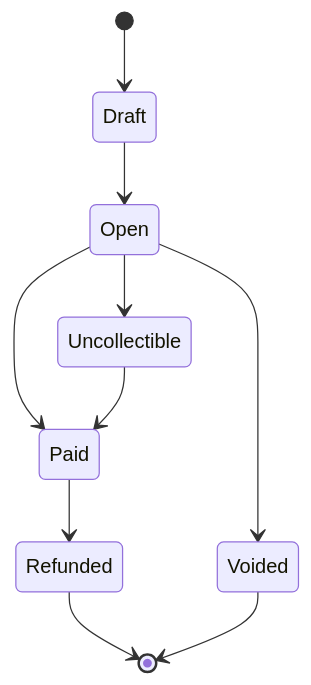
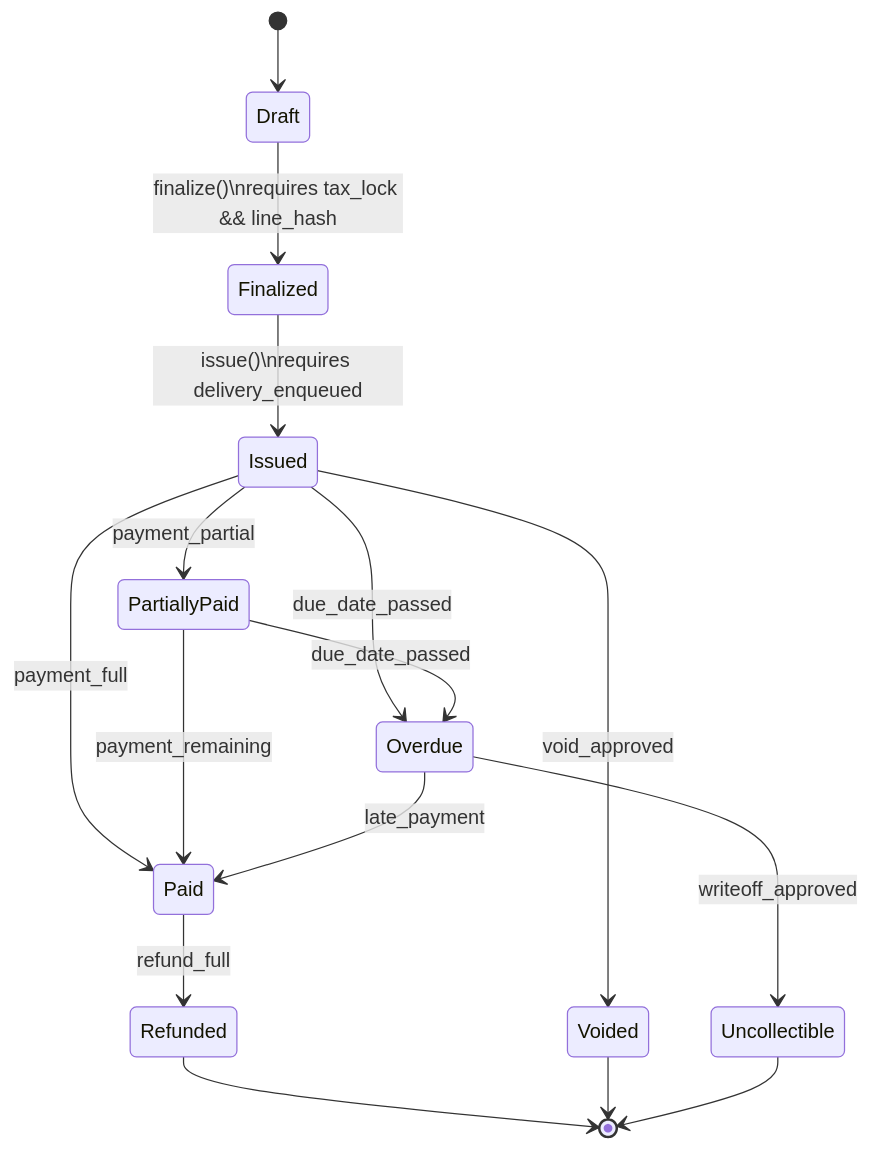
Before and after one commit to 0Ankit0/Project-Ideas: the second of 4 diagrams in Subscription Billing and Entitlements Platform/detailed-design/state-machine-diagrams.md, drawn with Mermaid. The commit also changed other lines of this file and 14 other files, not shown here.

Commit message:
Expand detailed design docs with implementation-ready schemas, APIs, and mermaid diagrams

````diff
--- a/Subscription Billing and Entitlements Platform/detailed-design/state-machine-diagrams.md
+++ b/Subscription Billing and Entitlements Platform/detailed-design/state-machine-diagrams.md
@@ -19,12 +22,18 @@
 ```mermaid
 stateDiagram-v2
     [*] --> Draft
-    Draft --> Open
-    Open --> Paid
-    Open --> Uncollectible
-    Open --> Voided
-    Paid --> Refunded
-    Uncollectible --> Paid
+    Draft --> Finalized: finalize()\nrequires tax_lock && line_hash
+    Finalized --> Issued: issue()\nrequires delivery_enqueued
+    Issued --> PartiallyPaid: payment_partial
+    Issued --> Paid: payment_full
+    Issued --> Overdue: due_date_passed
+    PartiallyPaid --> Paid: payment_remaining
+    PartiallyPaid --> Overdue: due_date_passed
+    Overdue --> Paid: late_payment
+    Issued --> Voided: void_approved
+    Overdue --> Uncollectible: writeoff_approved
+    Paid --> Refunded: refund_full
     Refunded --> [*]
     Voided --> [*]
+    Uncollectible --> [*]
 ```
````
